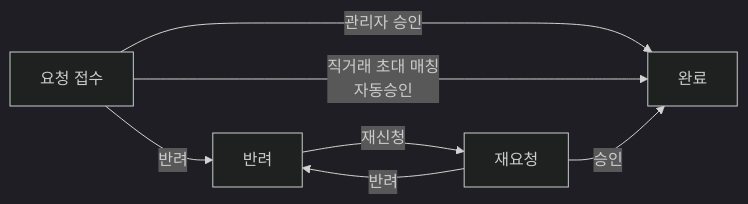
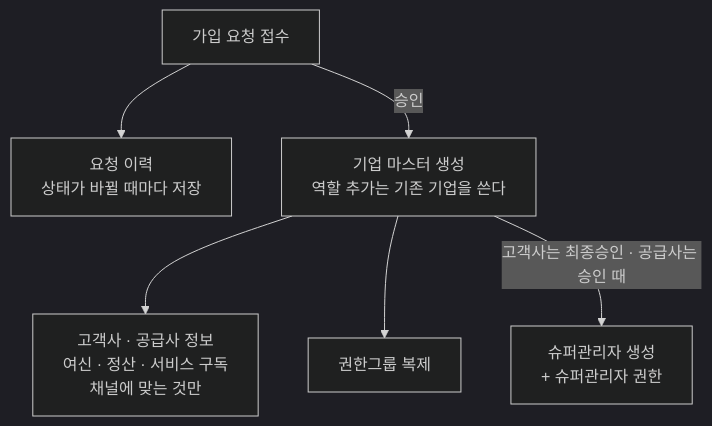
One commit to 06171002/06171002.github.io changed the diagram in src/content/features/b2b/company-join-request/diagram-2.mmd. Above: the diagram before and after it, drawn with Mermaid (dark theme). The commit also changed 195 other files, not shown here.

```diff
--- a/src/content/features/b2b/company-join-request/diagram-2.mmd
+++ b/src/content/features/b2b/company-join-request/diagram-2.mmd
@@ -1,7 +1,6 @@
-flowchart LR
-    A["요청 접수"] -->|"관리자 승인"| C["완료"]
-    A -->|"직거래 초대 매칭<br>자동승인"| C
-    A -->|"반려"| D["반려"]
-    D -->|"재신청"| E["재요청"]
-    E -->|"승인"| C
-    E -->|"반려"| D
+flowchart TD
+    A["가입 요청 접수"] --> B["요청 이력<br/>상태가 바뀔 때마다 저장"]
+    A -->|"승인"| C["기업 마스터 생성<br/>역할 추가는 기존 기업을 쓴다"]
+    C --> D["고객사 · 공급사 정보<br/>여신 · 정산 · 서비스 구독<br/>채널에 맞는 것만"]
+    C --> E["권한그룹 복제"]
+    C -->|"고객사는 최종승인 · 공급사는 승인 때"| F["슈퍼관리자 생성<br/>+ 슈퍼관리자 권한"]
```
